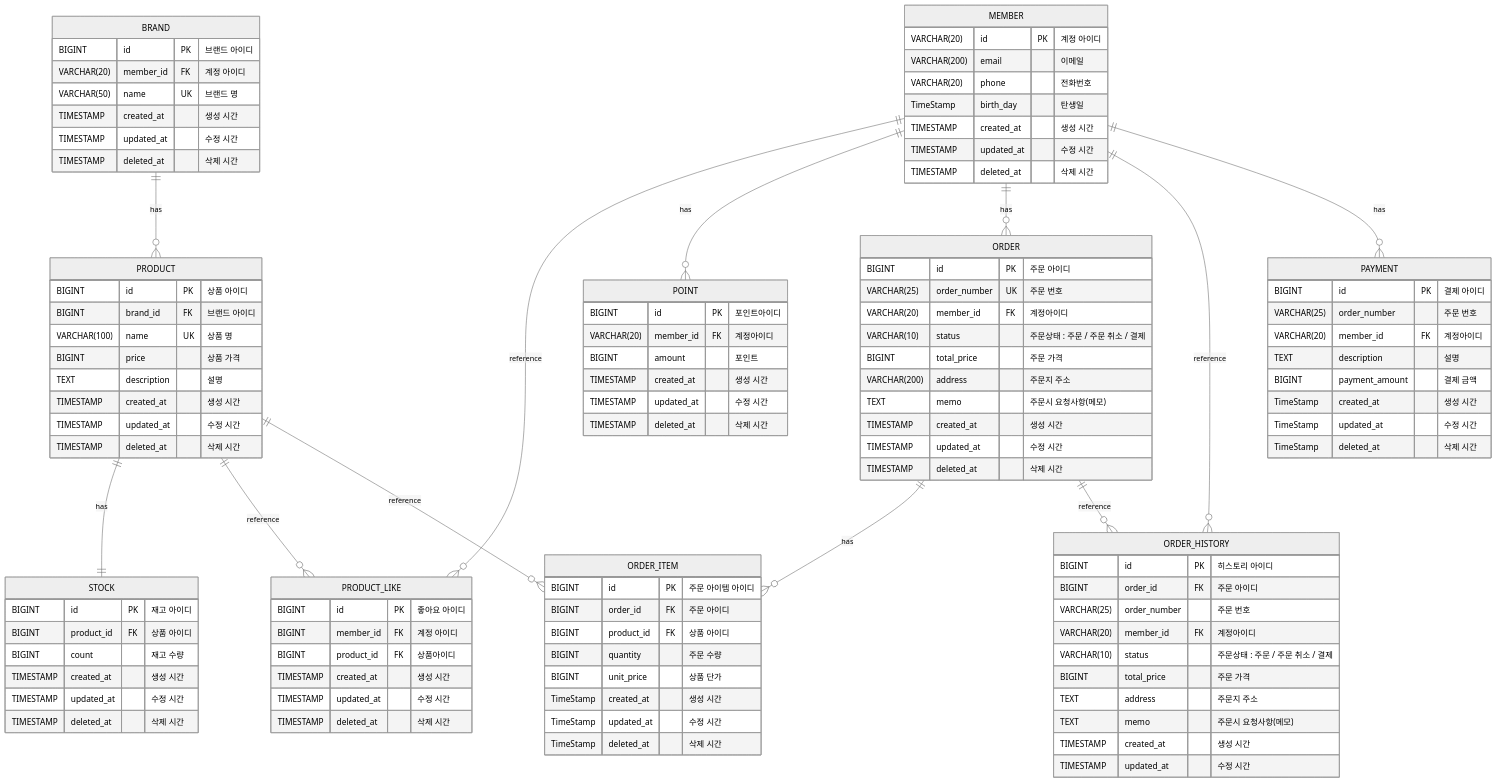
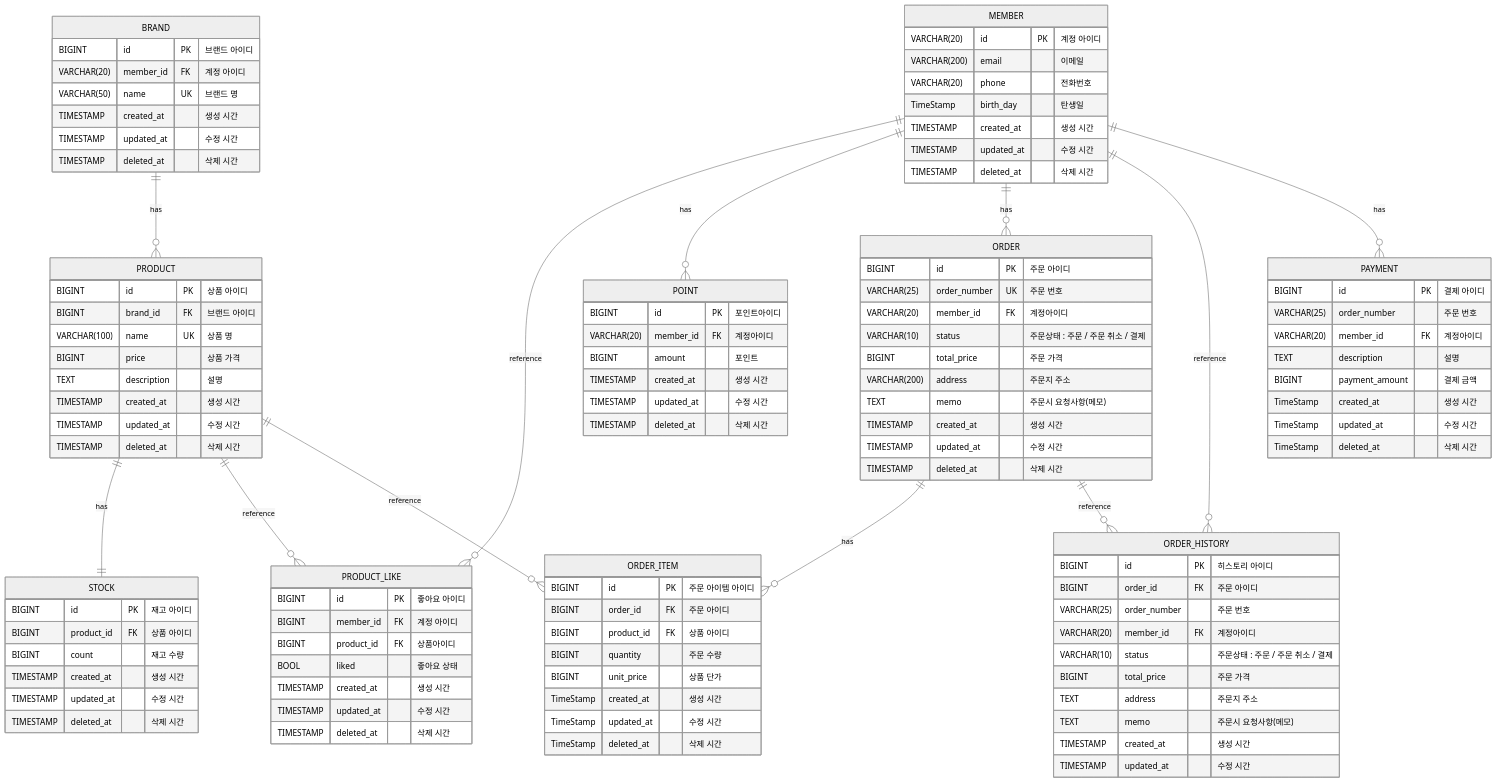
The diagram in apps/commerce-api/docs/desigin/04-erd.md (Loopers-Team-6/younghun), drawn with Mermaid (neutral theme) before and after one commit. The commit also changed 1 other file, not shown here.

Commit message:
docs: 좋아요 상태 추가

```diff
--- a/apps/commerce-api/docs/desigin/04-erd.md
+++ b/apps/commerce-api/docs/desigin/04-erd.md
@@ -41,6 +41,7 @@
  BIGINT id PK "좋아요 아이디"   
  BIGINT member_id FK "계정 아이디"
  BIGINT product_id FK "상품아이디"
+ BOOL   liked  "좋아요 상태"
  
  TIMESTAMP created_at "생성 시간"
  TIMESTAMP updated_at "수정 시간"
```
